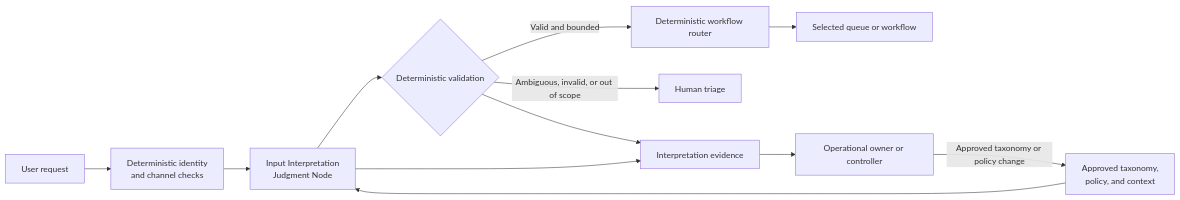
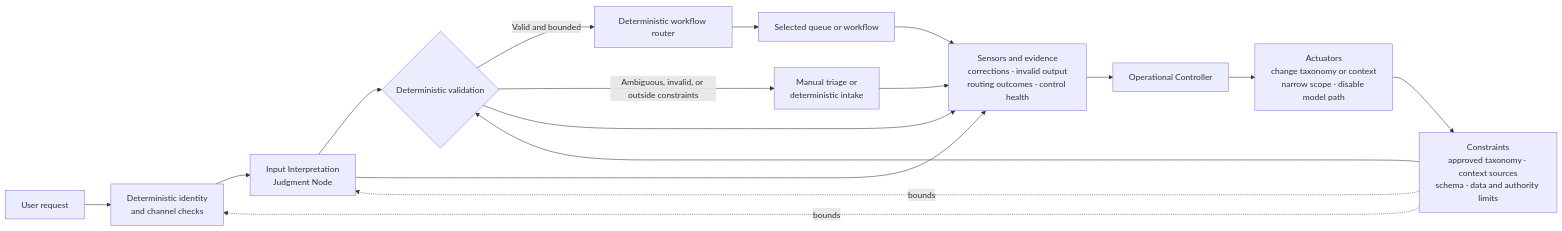
Before and after one commit to UncertaintyArchitectureGroup/uncertainty-architecture: the first of 4 diagrams in 03-reference-architectures/judgment-placement-examples.md, drawn with Mermaid. The commit also changed other lines of this file, not shown here.

Commit message:
docs: expose constraints in placement references

````diff
--- a/03-reference-architectures/judgment-placement-examples.md
+++ b/03-reference-architectures/judgment-placement-examples.md
@@ -61,23 +76,28 @@
 ```mermaid
 flowchart LR
     U[User request]
     AUTH[Deterministic identity<br/>and channel checks]
+    K[Constraints<br/>approved taxonomy · context sources<br/>schema · data and authority limits]
     J[Input Interpretation<br/>Judgment Node]
-    CTX[Approved taxonomy,<br/>policy, and context]
     V{Deterministic validation}
     R[Deterministic workflow router]
     Q[Selected queue or workflow]
-    H[Human triage]
-    E[Interpretation evidence]
-    O[Operational owner or controller]
+    F[Manual triage or<br/>deterministic intake]
+    S[Sensors and evidence<br/>corrections · invalid output<br/>routing outcomes · control health]
+    C[Operational Controller]
+    A[Actuators<br/>change taxonomy or context<br/>narrow scope · disable model path]
 
     U --> AUTH --> J
-    CTX --> J
+    K -. bounds .-> AUTH
+    K -. bounds .-> J
     J --> V
+    K --> V
     V -->|Valid and bounded| R --> Q
-    V -->|Ambiguous, invalid, or out of scope| H
-    J --> E
-    V --> E
-    E --> O
-    O -->|Approved taxonomy or policy change| CTX
+    V -->|Ambiguous, invalid, or outside constraints| F
+    J --> S
+    V --> S
+    Q --> S
+    F --> S
+    S --> C --> A
+    A --> K
 ```
````
